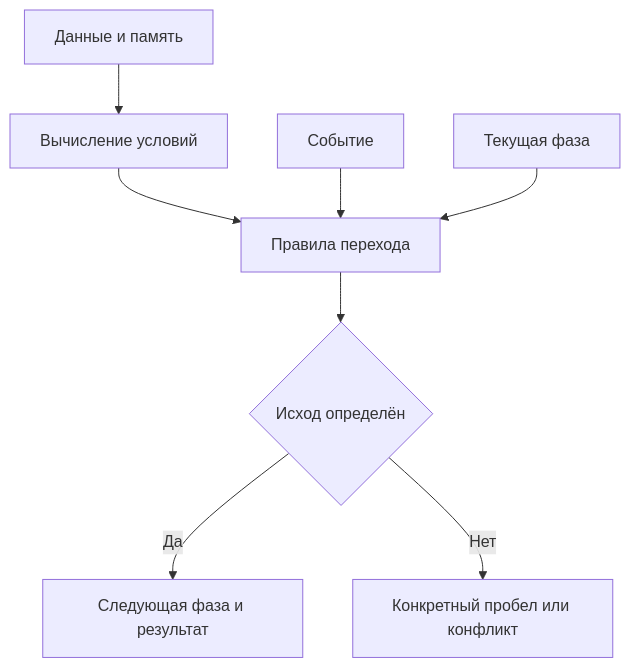
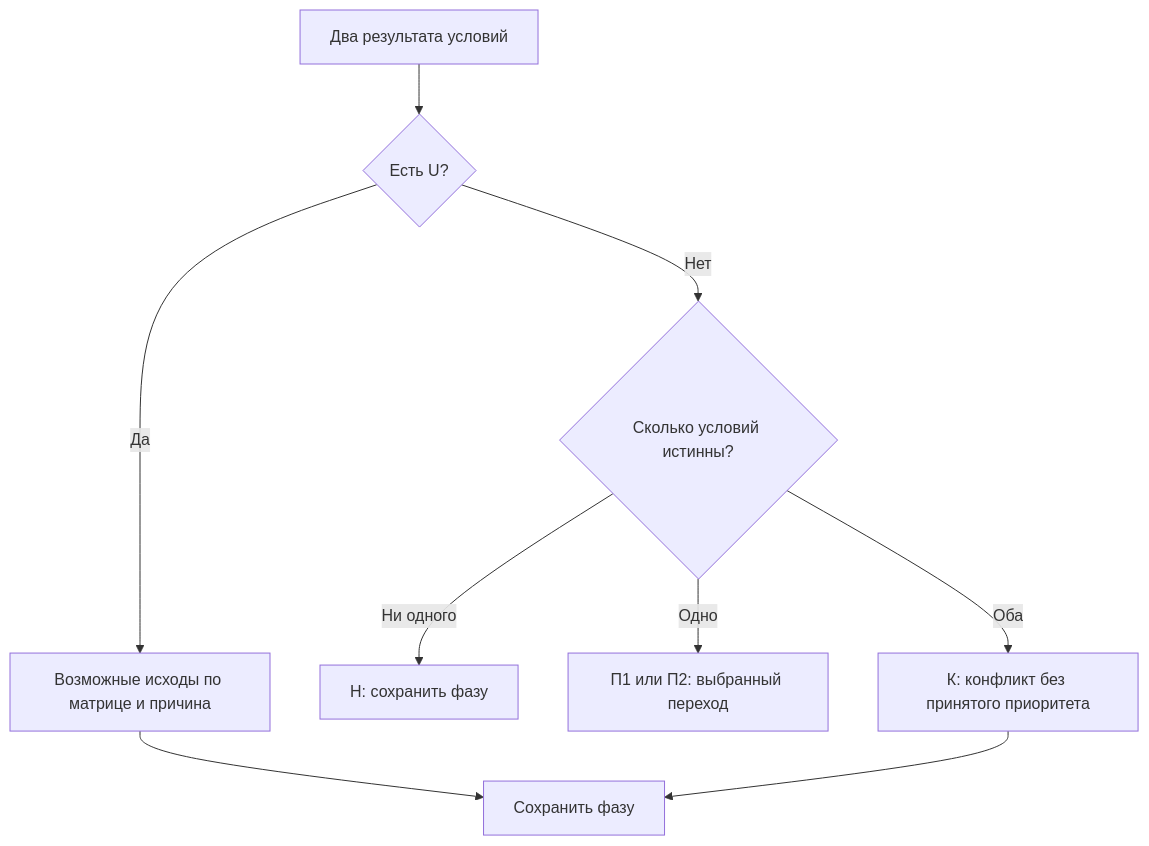
Before and after one commit to izio007/libtr: the fourth of 4 diagrams in docs-complex/RADIO_OBSERVATION_EXAM.md, drawn with Mermaid. The commit also changed other lines of this file, not shown here.

````diff
--- a/docs-complex/RADIO_OBSERVATION_EXAM.md
+++ b/docs-complex/RADIO_OBSERVATION_EXAM.md
@@ -135,10 +304,11 @@
 ```mermaid
 flowchart TD
-    D["Данные и память"] --> B["Вычисление условий"]
-    B --> T["Правила перехода"]
-    E["Событие"] --> T
-    Q["Текущая фаза"] --> T
-    T --> R{"Исход определён"}
-    R -->|"Да"| N["Следующая фаза и результат"]
-    R -->|"Нет"| G["Конкретный пробел или конфликт"]
+    conditions["Два результата условий"] --> unknown{"Есть U?"}
+    unknown -->|"Да"| unresolved["Возможные исходы по матрице и причина"]
+    unresolved --> retain["Сохранить фазу"]
+    unknown -->|"Нет"| count{"Сколько условий истинны?"}
+    count -->|"Ни одного"| none["Н: сохранить фазу"]
+    count -->|"Одно"| single["П1 или П2: выбранный переход"]
+    count -->|"Оба"| conflict["К: конфликт без принятого приоритета"]
+    conflict --> retain
 ```
````
